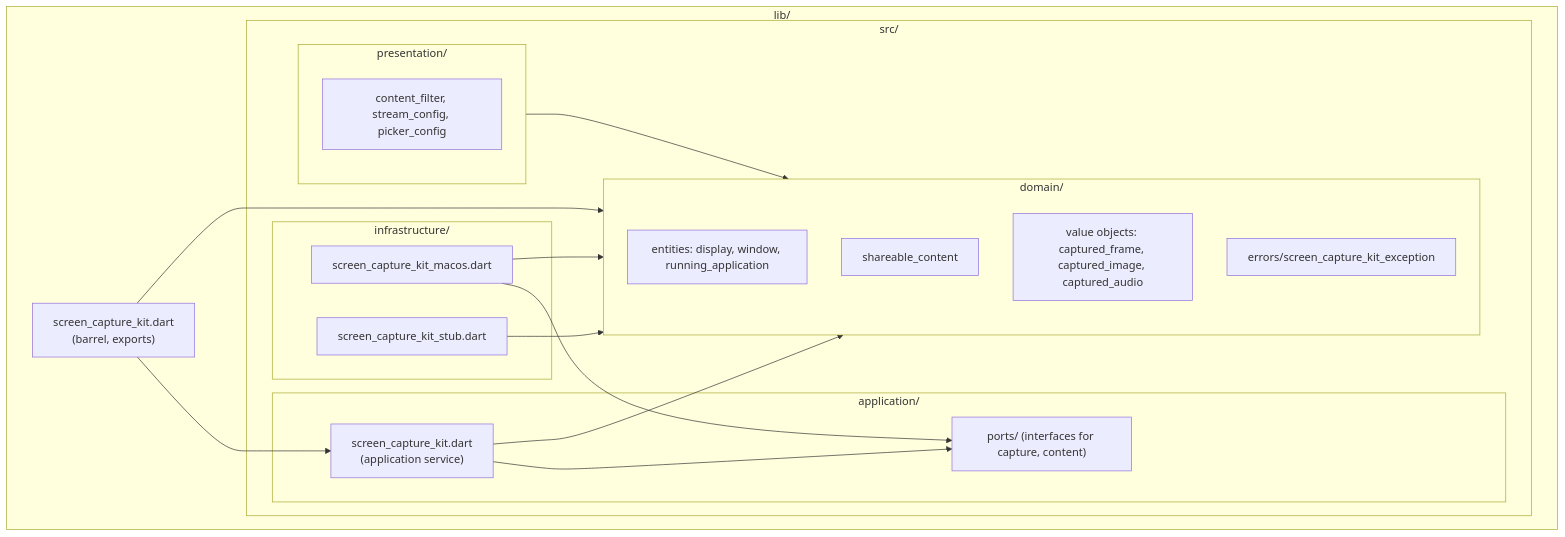
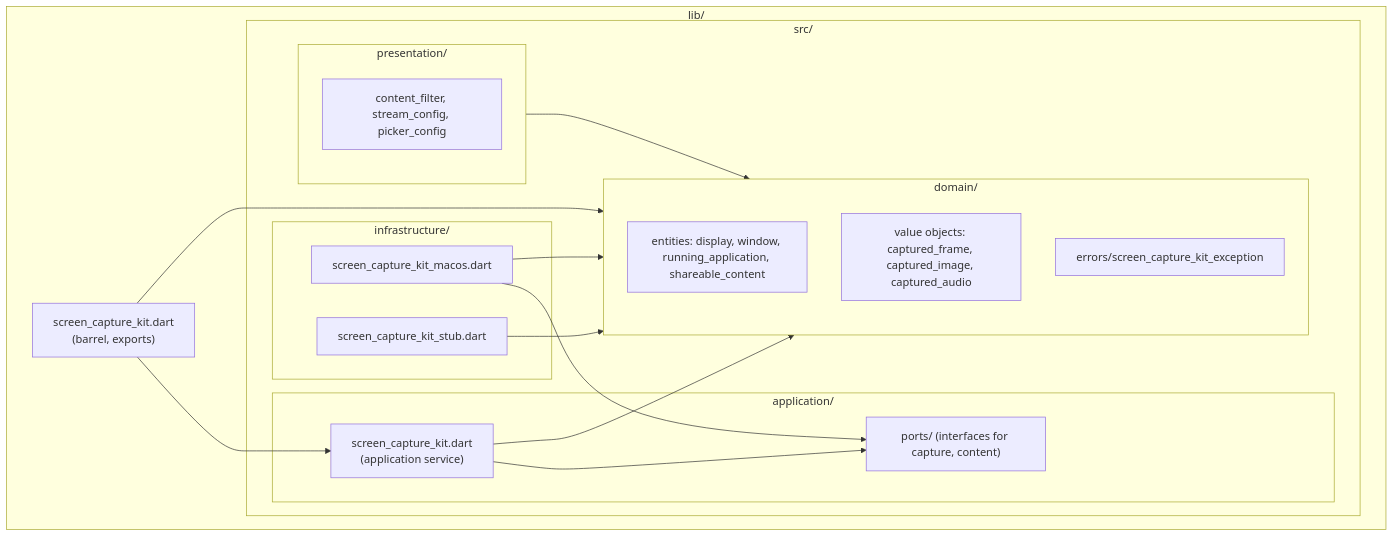
The third of 4 diagrams in .cursor/rules/architecture-ddd-layered.mdc (blendfactory/screen-capture-kit), drawn with Mermaid before and after one commit. The commit also changed other lines of this file and 6 other files, not shown here.

First line of the commit message:
refactor(domain): move ShareableContent to entities/

````diff
--- a/.cursor/rules/architecture-ddd-layered.mdc
+++ b/.cursor/rules/architecture-ddd-layered.mdc
@@ -82,33 +82,32 @@
 ```mermaid
 flowchart TB
   subgraph lib["lib/"]
     barrel["screen_capture_kit.dart\n(barrel, exports)"]
     subgraph src["src/"]
       subgraph domain["domain/"]
-        d_entities["entities: display, window, running_application"]
-        d_aggregates["shareable_content"]
+        d_entities["entities: display, window, running_application, shareable_content"]
         d_values["value objects: captured_frame, captured_image, captured_audio"]
         d_errors["errors/screen_capture_kit_exception"]
       end
       subgraph application["application/"]
         app_service["screen_capture_kit.dart\n(application service)"]
         app_ports["ports/ (interfaces for capture, content)"]
       end
       subgraph infrastructure["infrastructure/"]
         impl_macos["screen_capture_kit_macos.dart"]
         impl_stub["screen_capture_kit_stub.dart"]
       end
       subgraph presentation["presentation/"]
         config["content_filter, stream_config, picker_config"]
       end
     end
   end
   barrel --> app_service
   barrel --> domain
   app_service --> domain
   app_service --> app_ports
   impl_macos --> domain
   impl_macos --> app_ports
   impl_stub --> domain
   presentation --> domain
 ```
````
